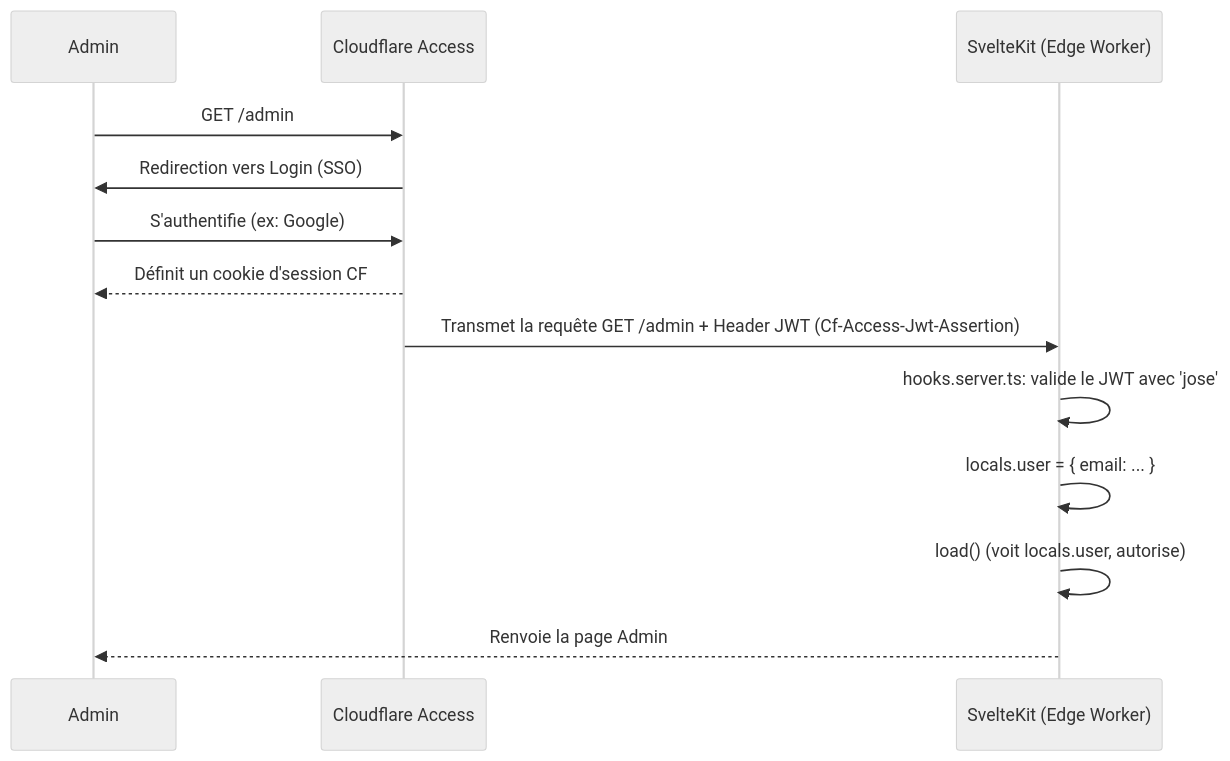
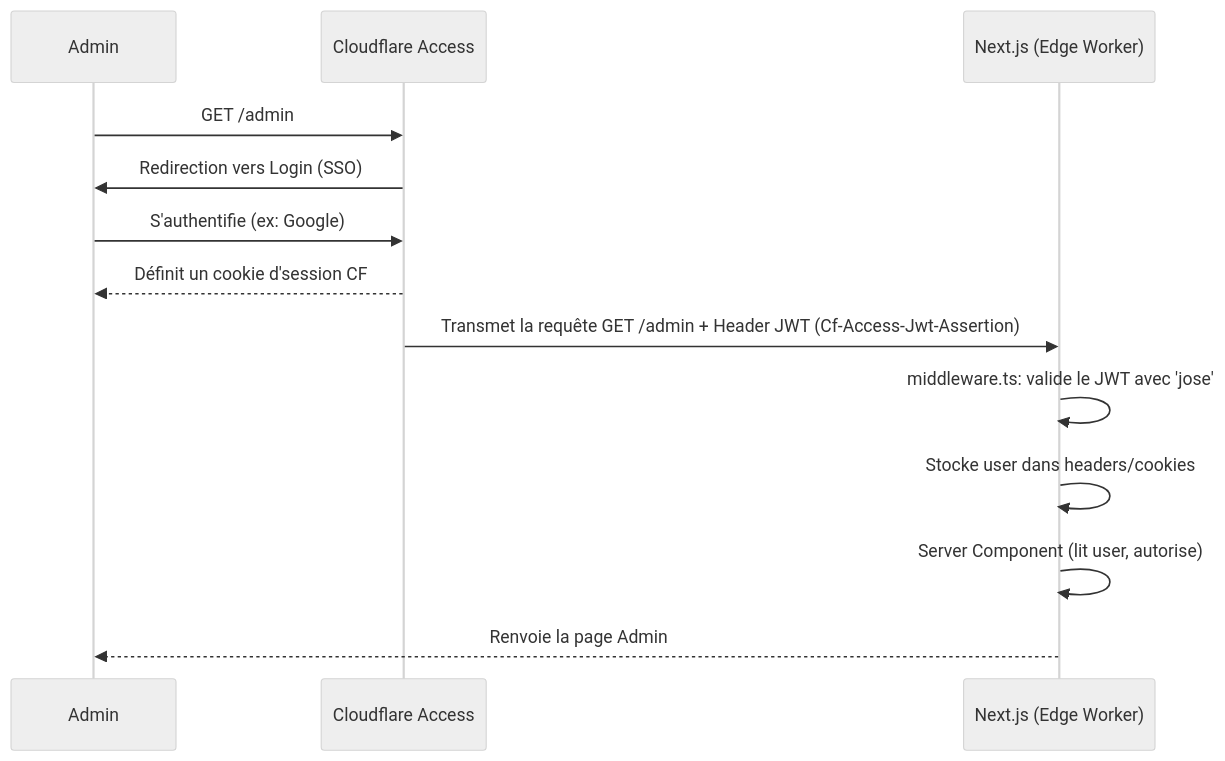
One commit to sebc-dev/website changed the third of 4 diagrams in docs/specs/svelte/Architecture_technique.md. Above: the diagram before and after it, drawn with Mermaid (neutral theme). The commit also changed other lines of this file, not shown here.

Commit message:
Update Architecture_technique.md to use NextJS architecture

````diff
--- a/docs/specs/svelte/Architecture_technique.md
+++ b/docs/specs/svelte/Architecture_technique.md
@@ -225,16 +225,16 @@
 ```mermaid
 sequenceDiagram
     participant U as Admin
     participant CFA as Cloudflare Access
-    participant SK as SvelteKit (Edge Worker)
+    participant NX as Next.js (Edge Worker)
 
     U->>CFA: GET /admin
     CFA->>U: Redirection vers Login (SSO)
     U->>CFA: S'authentifie (ex: Google)
     CFA-->>U: Définit un cookie d'session CF
-    CFA->>SK: Transmet la requête GET /admin + Header JWT (Cf-Access-Jwt-Assertion)
-    SK->>SK: hooks.server.ts: valide le JWT avec 'jose'
-    SK->>SK: locals.user = { email: ... }
-    SK->>SK: load() (voit locals.user, autorise)
-    SK-->>U: Renvoie la page Admin
+    CFA->>NX: Transmet la requête GET /admin + Header JWT (Cf-Access-Jwt-Assertion)
+    NX->>NX: middleware.ts: valide le JWT avec 'jose'
+    NX->>NX: Stocke user dans headers/cookies
+    NX->>NX: Server Component (lit user, autorise)
+    NX-->>U: Renvoie la page Admin
 ```
````
